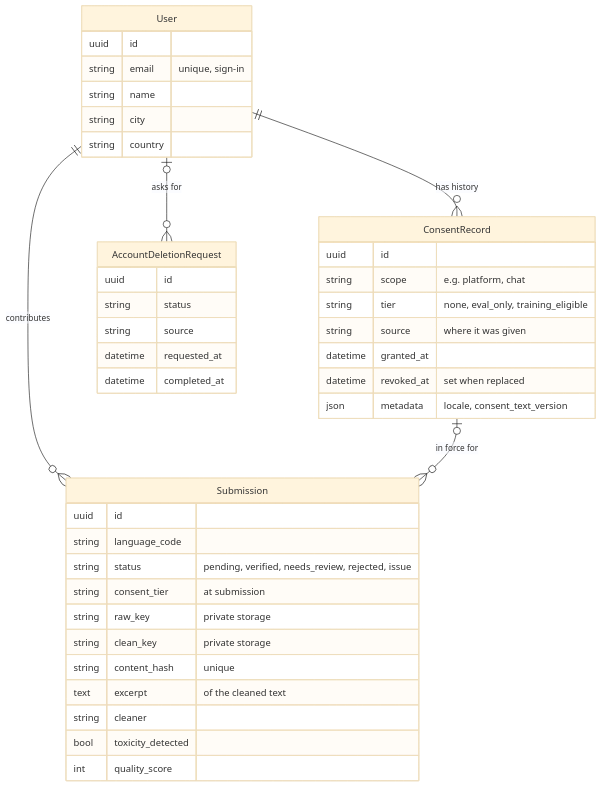
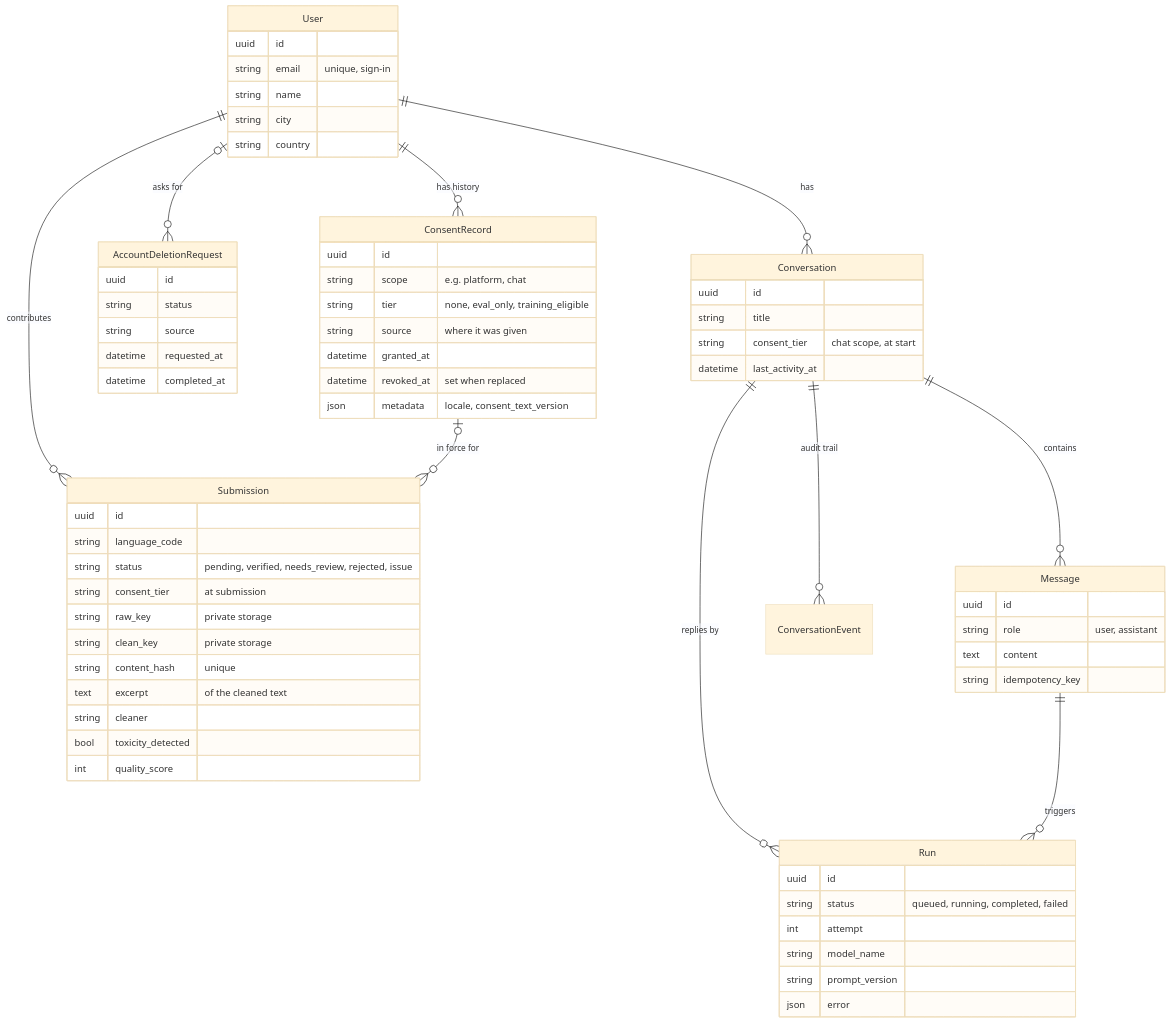
One commit to Bahasa-Ibu/baibu-community changed the second of 2 diagrams in docs/developer/architecture.md. Above: the diagram before and after it, drawn with Mermaid (base theme). The commit also changed other lines of this file and 36 other files, not shown here.

First line of the commit message:
Assistant chat: conversations, runs, prompts and model configuration

````diff
--- a/docs/developer/architecture.md
+++ b/docs/developer/architecture.md
@@ -49,43 +50,68 @@
 ```mermaid
 erDiagram
     User ||--o{ ConsentRecord : "has history"
     User |o--o{ AccountDeletionRequest : "asks for"
     User ||--o{ Submission : contributes
     ConsentRecord |o--o{ Submission : "in force for"
     User {
         uuid id
         string email "unique, sign-in"
         string name
         string city
         string country
     }
     ConsentRecord {
         uuid id
         string scope "e.g. platform, chat"
         string tier "none, eval_only, training_eligible"
         string source "where it was given"
         datetime granted_at
         datetime revoked_at "set when replaced"
         json metadata "locale, consent_text_version"
     }
     Submission {
         uuid id
         string language_code
         string status "pending, verified, needs_review, rejected, issue"
         string consent_tier "at submission"
         string raw_key "private storage"
         string clean_key "private storage"
         string content_hash "unique"
         text excerpt "of the cleaned text"
         string cleaner
         bool toxicity_detected
         int quality_score
     }
+    User ||--o{ Conversation : has
+    Conversation ||--o{ Message : contains
+    Conversation ||--o{ Run : "replies by"
+    Message ||--o{ Run : triggers
+    Conversation ||--o{ ConversationEvent : "audit trail"
+    Conversation {
+        uuid id
+        string title
+        string consent_tier "chat scope, at start"
+        datetime last_activity_at
+    }
+    Message {
+        uuid id
+        string role "user, assistant"
+        text content
+        string idempotency_key
+    }
+    Run {
+        uuid id
+        string status "queued, running, completed, failed"
+        int attempt
+        string model_name
+        string prompt_version
+        json error
+    }
     AccountDeletionRequest {
         uuid id
         string status
         string source
         datetime requested_at
         datetime completed_at
     }
 ```
````
